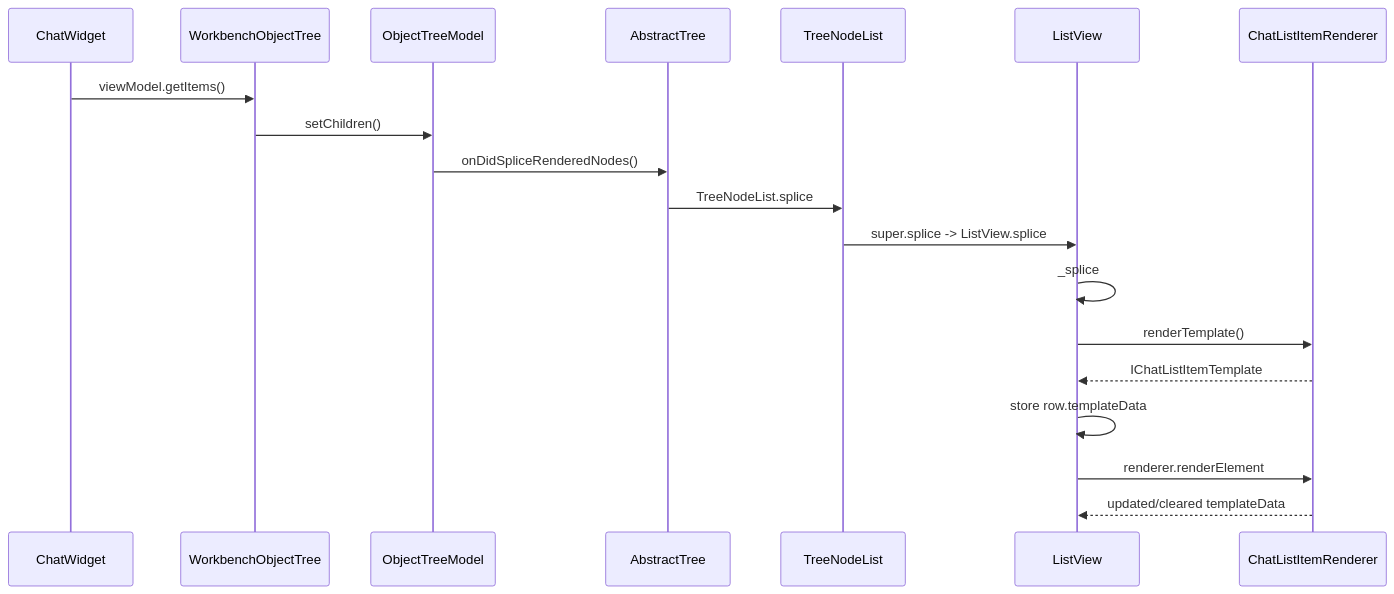
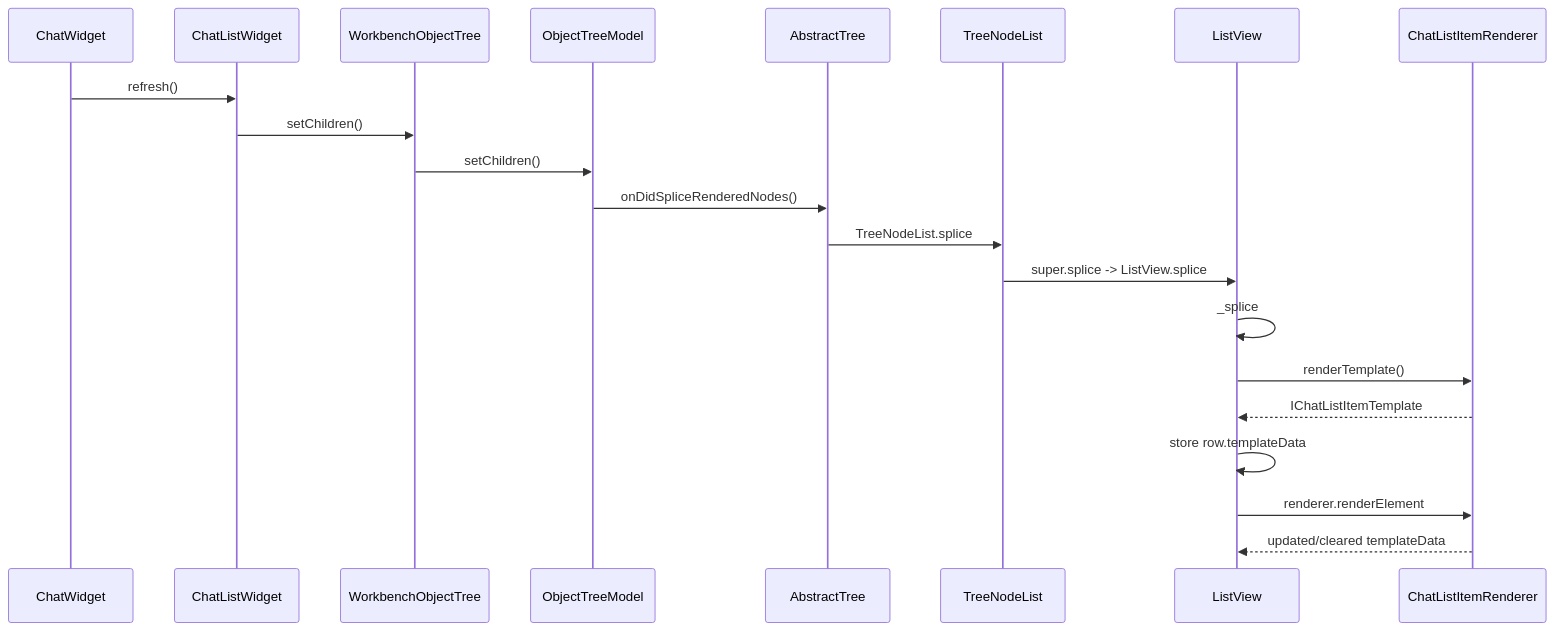
One commit to tamuratak/vscode changed the third of 5 diagrams in living_doc/chatwidget.md. Above: the diagram before and after it, drawn with Mermaid. The commit also changed other lines of this file, not shown here.

Commit message:
Refactor ChatWidget to delegate rendering responsibilities to ChatListWidget, enhancing structure and event handling

````diff
--- a/living_doc/chatwidget.md
+++ b/living_doc/chatwidget.md
@@ -80,24 +103,25 @@
 ```mermaid
 sequenceDiagram
     %% Participants representing the components in the flow
     participant CW as ChatWidget
+    participant CLW as ChatListWidget
     participant WOT as WorkbenchObjectTree
     participant OTM as ObjectTreeModel
     participant AT as AbstractTree
     participant TNL as TreeNodeList
     participant LV as ListView
     participant R as ChatListItemRenderer
 
-
-    CW->>WOT: viewModel.getItems()
+    CW->>CLW: refresh()
+    CLW->>WOT: setChildren()
     WOT->>OTM: setChildren()
     OTM->>AT: onDidSpliceRenderedNodes()
     AT->>TNL: TreeNodeList.splice
     TNL->>LV: super.splice -> ListView.splice
     LV->>LV: _splice
     LV->>R: renderTemplate()
     R-->>LV: IChatListItemTemplate
     LV->>LV: store row.templateData
     LV->>R: renderer.renderElement
     R-->>LV: updated/cleared templateData
 ```
````
